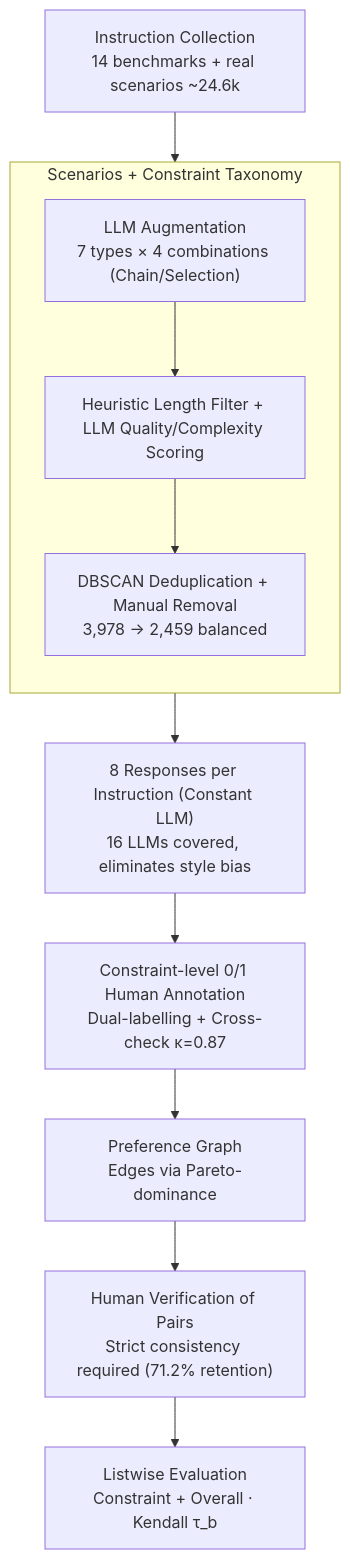
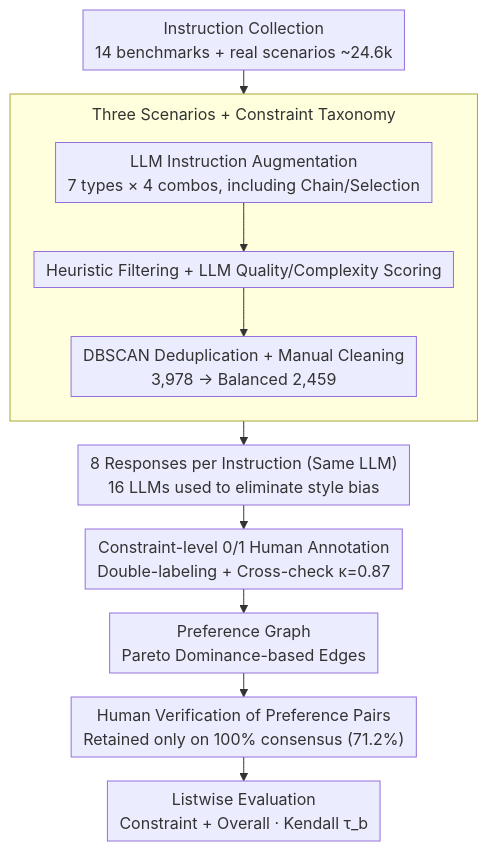
The diagram in docs/ACL2026/llm_evaluation/if-rewardbench_benchmarking_judge_models_for_instruction-following_evaluation.md (zhaoyang97/Paper-Notes-en), drawn with Mermaid before and after one commit. The commit also changed other lines of this file and 5084 other files, not shown here.

````diff
--- a/docs/ACL2026/llm_evaluation/if-rewardbench_benchmarking_judge_models_for_instruction-following_evaluation.md
+++ b/docs/ACL2026/llm_evaluation/if-rewardbench_benchmarking_judge_models_for_instruction-following_evaluation.md
@@ -45,17 +45,20 @@
 ```mermaid
-graph TD
+%%{init: {'flowchart': {'rankSpacing': 24, 'nodeSpacing': 28, 'padding': 6, 'wrappingWidth': 400, 'subGraphTitleMargin': {'top': 8, 'bottom': 16}}}}%%
+flowchart TD
     A["Instruction Collection<br/>14 benchmarks + real scenarios ~24.6k"]
-    subgraph COV["Scenarios + Constraint Taxonomy"]
+    subgraph COV["Three Scenarios + Constraint Taxonomy"]
         direction TB
-        B["LLM Augmentation<br/>7 types × 4 combinations (Chain/Selection)"]
-        C["Heuristic Length Filter + LLM Quality/Complexity Scoring"]
-        D["DBSCAN Deduplication + Manual Removal<br/>3,978 → 2,459 balanced"]
+        B["LLM Instruction Augmentation<br/>7 types × 4 combos, including Chain/Selection"]
+        C["Heuristic Filtering + LLM Quality/Complexity Scoring"]
+        D["DBSCAN Deduplication + Manual Cleaning<br/>3,978 → Balanced 2,459"]
     end
     A --> B --> C --> D
-    D --> E["8 Responses per Instruction (Constant LLM)<br/>16 LLMs covered, eliminates style bias"]
-    E --> F["Constraint-level 0/1 Human Annotation<br/>Dual-labelling + Cross-check κ=0.87"]
-    G["Preference Graph<br/>Edges via Pareto-dominance"]
+    D --> E["8 Responses per Instruction (Same LLM)<br/>16 LLMs used to eliminate style bias"]
+    E --> F["Constraint-level 0/1 Human Annotation<br/>Double-labeling + Cross-check κ=0.87"]
+    G["Preference Graph<br/>Pareto Dominance-based Edges"]
     F --> G
-    G --> H["Human Verification of Pairs<br/>Strict consistency required (71.2% retention)"]
-    H --> I["Listwise Evaluation<br/>Constraint + Overall · Kendall τ_b"]
+    H["Human Verification of Preference Pairs<br/>Retained only on 100% consensus (71.2%)"]
+    G --> H
+    I["Listwise Evaluation<br/>Constraint + Overall · Kendall τ_b"]
+    H --> I
 ```
````
